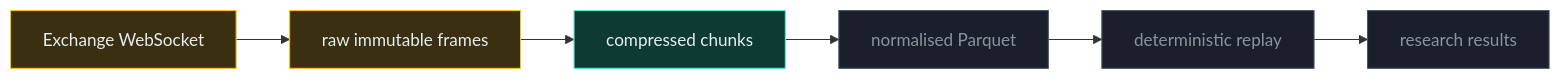
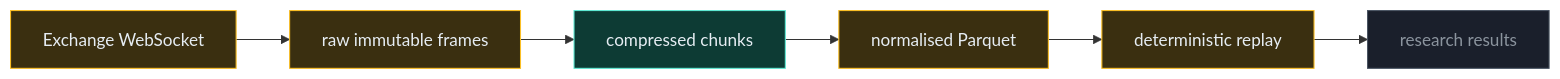
One commit to VarunGore36/AstralProject changed the first of 6 diagrams in README.md. Above: the diagram before and after it, drawn with Mermaid. The commit also changed other lines of this file and 1 other file, not shown here.

First line of the commit message:
Fix stale diagram and inventory: pipeline stages and layout table

````diff
--- a/README.md
+++ b/README.md
@@ -113,14 +113,14 @@
 ```mermaid
 flowchart LR
     A[Exchange WebSocket] --> B[raw immutable frames]
     B --> C[compressed chunks]
     C --> D[normalised Parquet]
     D --> E[deterministic replay]
     E --> F[research results]
     classDef done fill:#0d3b34,stroke:#5eead4,color:#e6edf3
     classDef partial fill:#3a2f10,stroke:#fbbf24,color:#e6edf3
     classDef missing fill:#1a1f2b,stroke:#4b5563,color:#8b949e
     class C done
-    class A,B partial
-    class D,E,F missing
+    class A,B,D,E partial
+    class F missing
 ```
````
